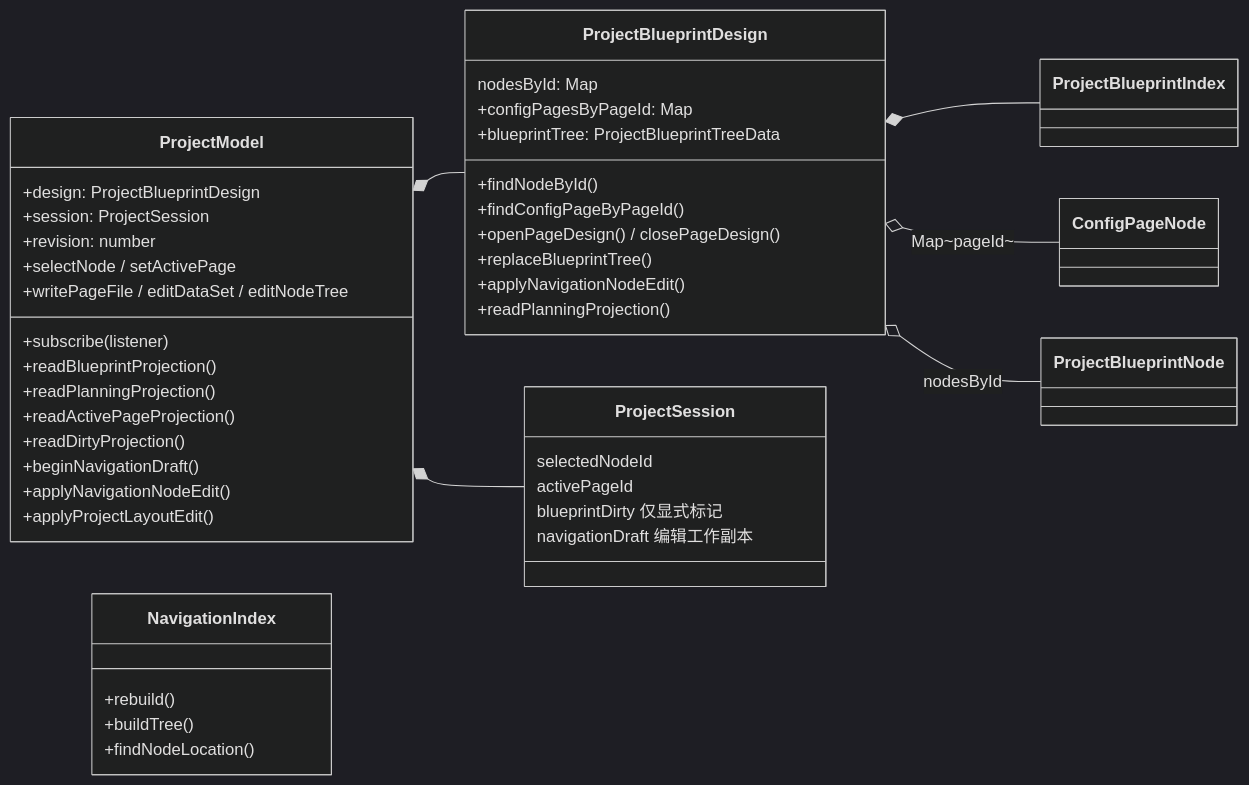
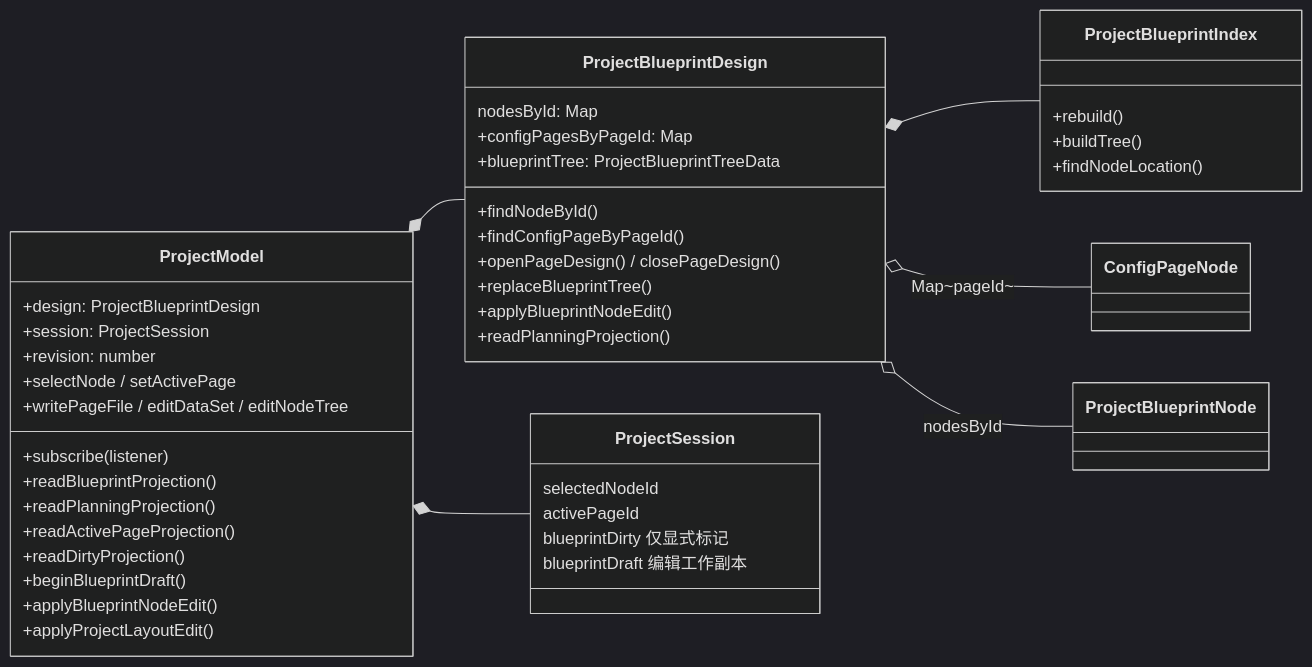
The second of 5 diagrams in packages/spark-project-model/src/MODEL-HIERARCHY.md (LMSpark/APPWORKS), drawn with Mermaid (dark theme) before and after one commit. The commit also changed other lines of this file and 13 other files, not shown here.

First line of the commit message:
docs(architecture): rewrite architecture docs against current source

````diff
--- a/packages/spark-project-model/src/MODEL-HIERARCHY.md
+++ b/packages/spark-project-model/src/MODEL-HIERARCHY.md
@@ -162,51 +162,51 @@
 ```mermaid
 classDiagram
   direction LR
 
   class ProjectModel {
     +design: ProjectBlueprintDesign
     +session: ProjectSession
     +revision: number
     +subscribe(listener)
     +readBlueprintProjection()
     +readPlanningProjection()
     +readActivePageProjection()
     +readDirtyProjection()
     +selectNode / setActivePage
-    +beginNavigationDraft()
-    +applyNavigationNodeEdit()
+    +beginBlueprintDraft()
+    +applyBlueprintNodeEdit()
     +applyProjectLayoutEdit()
     +writePageFile / editDataSet / editNodeTree
   }
 
   class ProjectBlueprintDesign {
     nodesById: Map
     +configPagesByPageId: Map
     +blueprintTree: ProjectBlueprintTreeData
     +findNodeById()
     +findConfigPageByPageId()
     +openPageDesign() / closePageDesign()
     +replaceBlueprintTree()
-    +applyNavigationNodeEdit()
+    +applyBlueprintNodeEdit()
     +readPlanningProjection()
   }
 
-  class NavigationIndex {
+  class ProjectBlueprintIndex {
     +rebuild()
     +buildTree()
     +findNodeLocation()
   }
 
   class ProjectSession {
     selectedNodeId
     activePageId
     blueprintDirty 仅显式标记
-    navigationDraft  编辑工作副本
+    blueprintDraft  编辑工作副本
   }
 
   ProjectModel *-- ProjectBlueprintDesign
   ProjectModel *-- ProjectSession
   ProjectBlueprintDesign *-- ProjectBlueprintIndex
   ProjectBlueprintDesign o-- ConfigPageNode : Map~pageId~
   ProjectBlueprintDesign o-- ProjectBlueprintNode : nodesById
 ```
````
